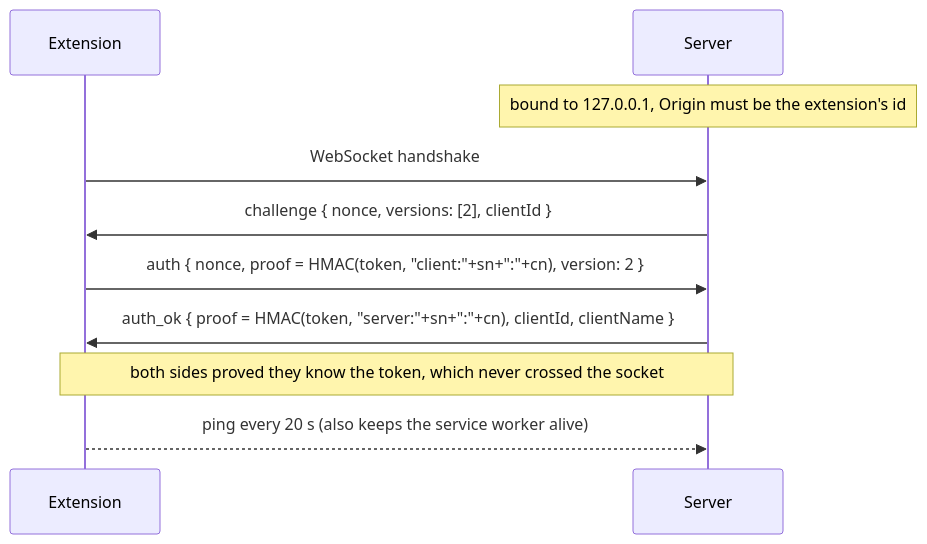
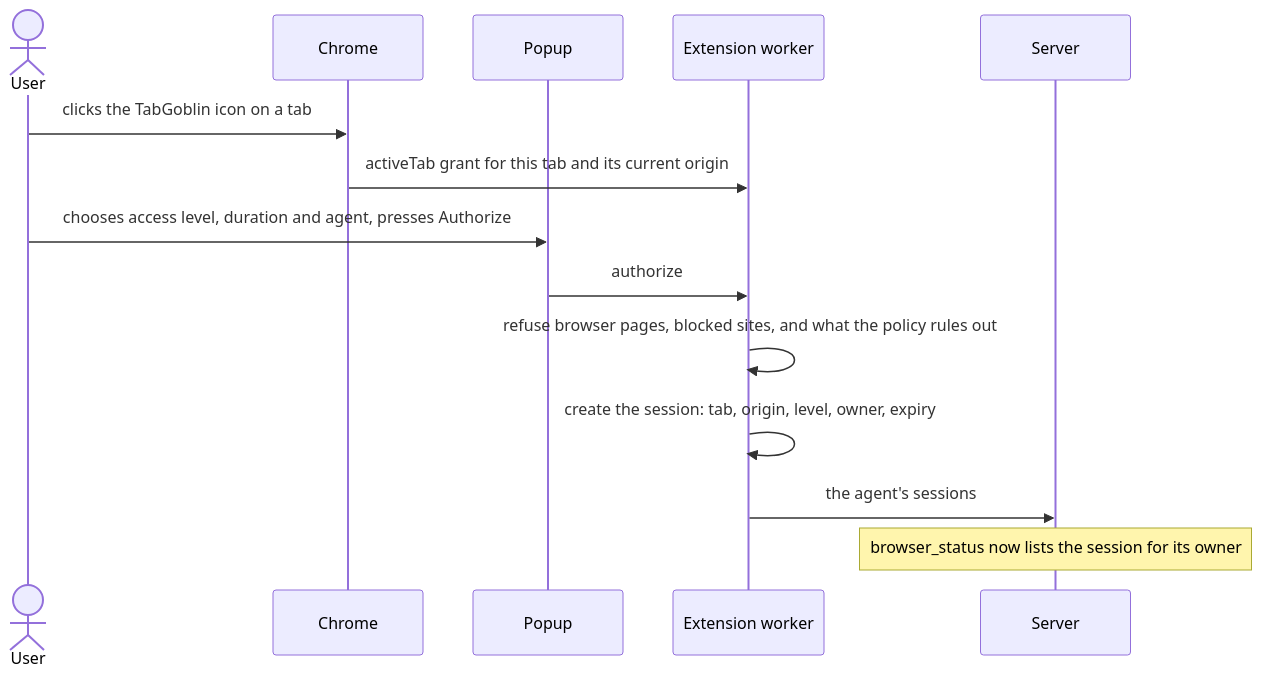
Before and after one commit to LaughingManCommits/TabGoblin: the third of 7 diagrams in docs/architecture.md, drawn with Mermaid. The commit also changed other lines of this file and 24 other files, not shown here.

````diff
--- a/docs/architecture.md
+++ b/docs/architecture.md
@@ -95,12 +152,16 @@
 ```mermaid
 sequenceDiagram
-  participant E as Extension
+  actor U as User
+  participant C as Chrome
+  participant P as Popup
+  participant B as Extension worker
   participant S as Server
-  Note over S: bound to 127.0.0.1, Origin must be the extension's id
-  E->>S: WebSocket handshake
-  S->>E: challenge { nonce, versions: [2], clientId }
-  E->>S: auth { nonce, proof = HMAC(token, "client:"+sn+":"+cn), version: 2 }
-  S->>E: auth_ok { proof = HMAC(token, "server:"+sn+":"+cn), clientId, clientName }
-  Note over E,S: both sides proved they know the token, which never crossed the socket
-  E-->>S: ping every 20 s (also keeps the service worker alive)
+  U->>C: clicks the TabGoblin icon on a tab
+  C->>B: activeTab grant for this tab and its current origin
+  U->>P: chooses access level, duration and agent, presses Authorize
+  P->>B: authorize
+  B->>B: refuse browser pages, blocked sites, and what the policy rules out
+  B->>B: create the session: tab, origin, level, owner, expiry
+  B->>S: the agent's sessions
+  Note over S: browser_status now lists the session for its owner
 ```
````
